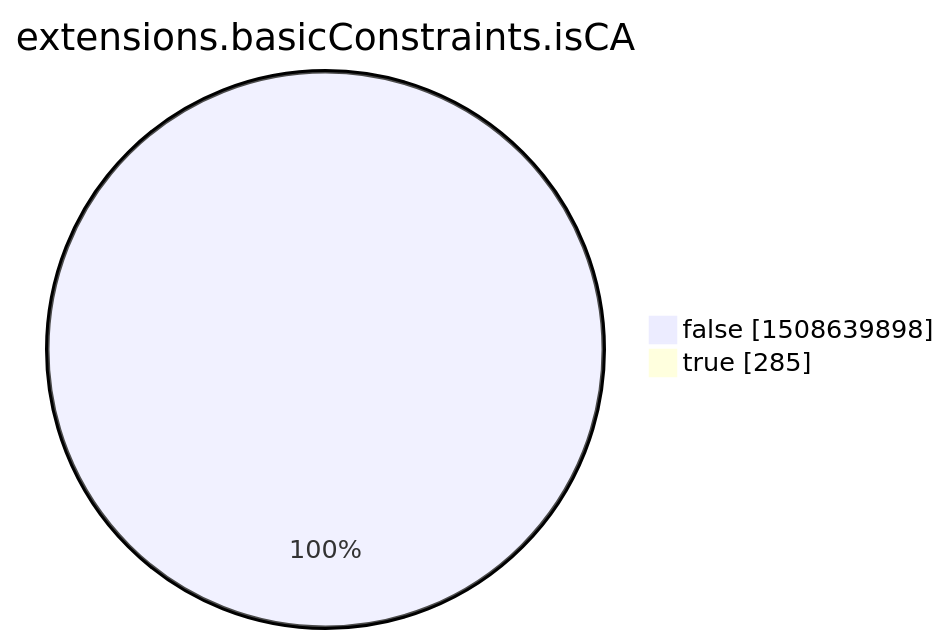
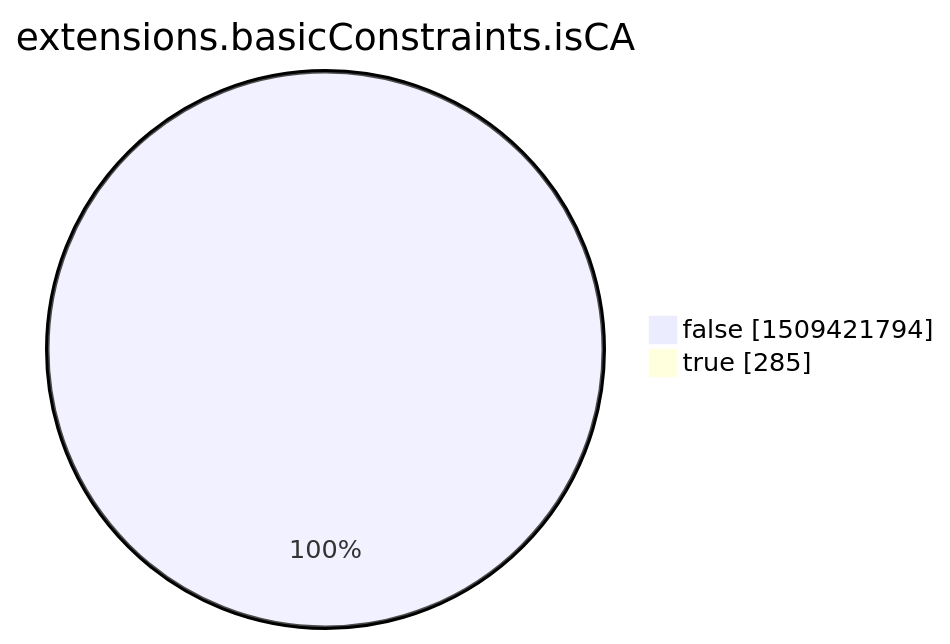
The eighth of 15 diagrams in xenon2022/README.md (christiankrug/ctmonitor_visualization), drawn with Mermaid before and after one commit. The commit also changed other lines of this file, not shown here.

````diff
--- a/xenon2022/README.md
+++ b/xenon2022/README.md
@@ -2854,6 +2854,6 @@
 ```mermaid
 pie showData
 title extensions.basicConstraints.isCA
-"false" :1508639898
+"false" :1509421794
 "true" :285
 ```
````
